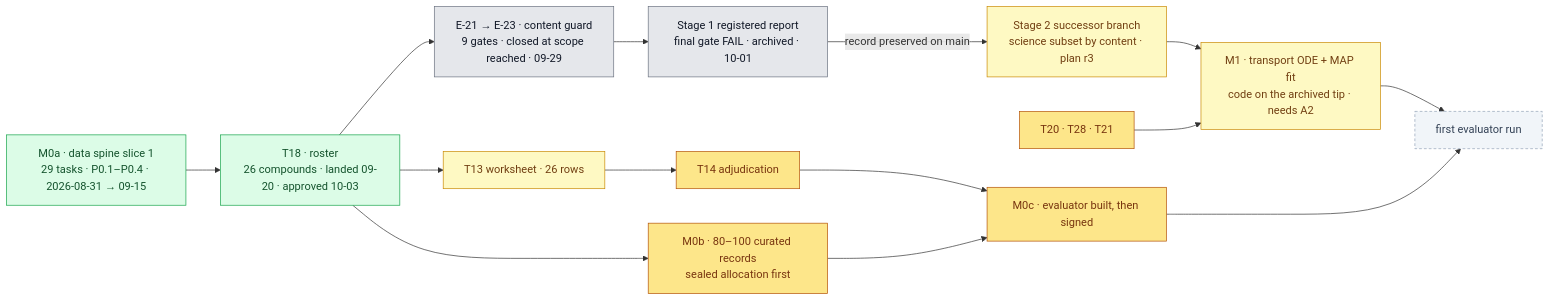
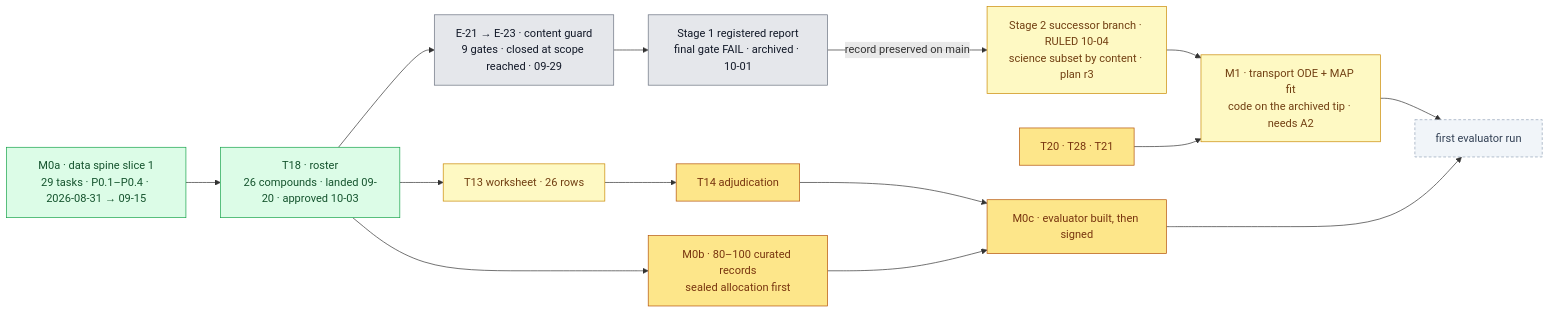
Before and after one commit to supmo668/bioFM: the diagram in docs/hacp/lung-on-chipsim/build.md, drawn with Mermaid. The commit also changed other lines of this file and 6 other files, not shown here.

````diff
--- a/docs/hacp/lung-on-chipsim/build.md
+++ b/docs/hacp/lung-on-chipsim/build.md
@@ -18,26 +19,26 @@
 ```mermaid
 flowchart LR
   classDef done fill:#dcfce7,stroke:#16a34a,color:#14532d
   classDef closed fill:#e5e7eb,stroke:#6b7280,color:#111827
   classDef live fill:#fef9c3,stroke:#ca8a04,color:#713f12
   classDef human fill:#fde68a,stroke:#b45309,color:#78350f
   classDef wait fill:#f1f5f9,stroke:#94a3b8,color:#334155,stroke-dasharray:4 3
   M0A["M0a · data spine slice 1<br>29 tasks · P0.1–P0.4 · 2026-08-31 → 09-15"]:::done
   T18["T18 · roster<br>26 compounds · landed 09-20 · approved 10-03"]:::done
   E2X["E-21 → E-23 · content guard<br>9 gates · closed at scope reached · 09-29"]:::closed
   S1["Stage 1 registered report<br>final gate FAIL · archived · 10-01"]:::closed
-  A1["Stage 2 successor branch<br>science subset by content · plan r3"]:::live
+  A1["Stage 2 successor branch · RULED 10-04<br>science subset by content · plan r3"]:::live
   W["T13 worksheet · 26 rows"]:::live
   B1["T14 adjudication"]:::human
   M1["M1 · transport ODE + MAP fit<br>code on the archived tip · needs A2"]:::live
   TH["T20 · T28 · T21"]:::human
   M0B["M0b · 80–100 curated records<br>sealed allocation first"]:::human
   M0C["M0c · evaluator built, then signed"]:::human
   X["first evaluator run"]:::wait
   M0A --> T18 --> E2X --> S1
   S1 -->|"record preserved on main"| A1
   T18 --> W --> B1 --> M0C
   A1 --> M1
   TH --> M1 --> X
   T18 --> M0B --> M0C --> X
 ```
````
